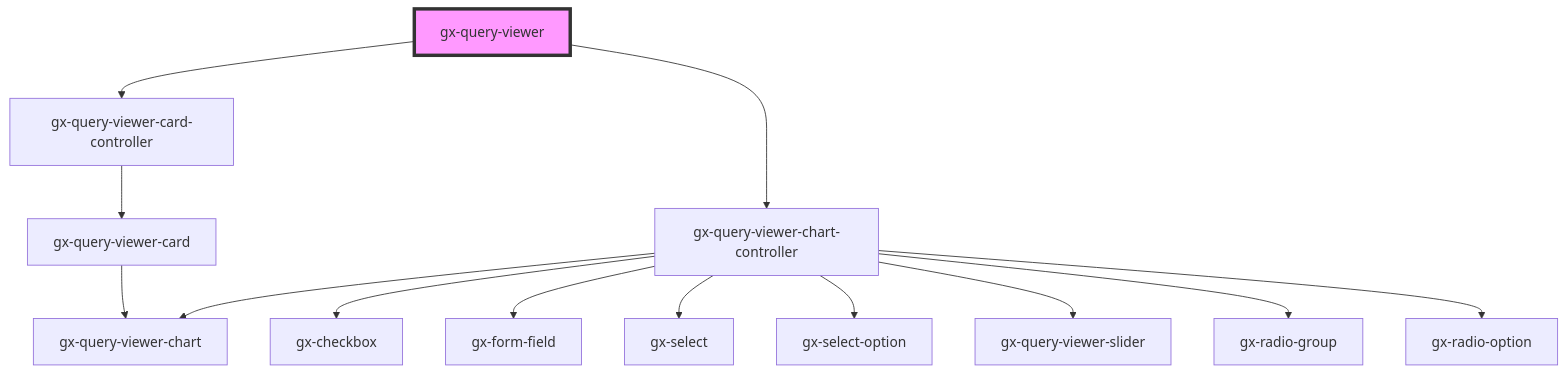
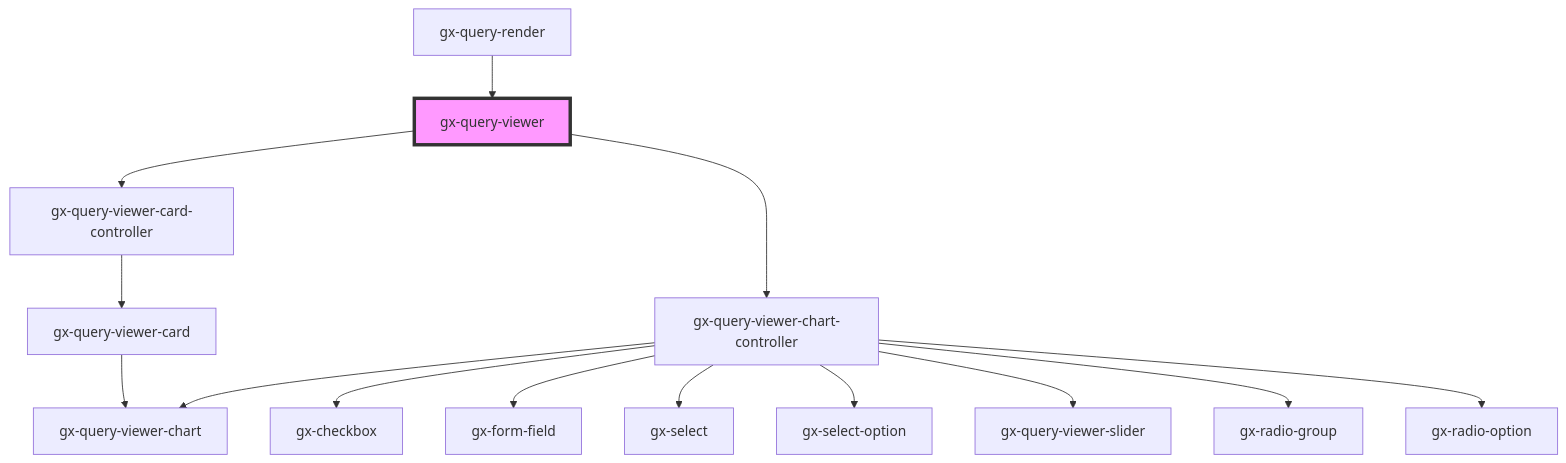
One commit to genexuslabs/reporting-controls-library changed the diagram in src/components/query-viewer/readme.md. Above: the diagram before and after it, drawn with Mermaid. The commit also changed other lines of this file and 58 other files, not shown here.

````diff
--- a/src/components/query-viewer/readme.md
+++ b/src/components/query-viewer/readme.md
@@ -64,16 +68,17 @@
 ```mermaid
 graph TD;
   gx-query-viewer --> gx-query-viewer-card-controller
   gx-query-viewer --> gx-query-viewer-chart-controller
   gx-query-viewer-card-controller --> gx-query-viewer-card
   gx-query-viewer-card --> gx-query-viewer-chart
   gx-query-viewer-chart-controller --> gx-query-viewer-chart
   gx-query-viewer-chart-controller --> gx-checkbox
   gx-query-viewer-chart-controller --> gx-form-field
   gx-query-viewer-chart-controller --> gx-select
   gx-query-viewer-chart-controller --> gx-select-option
   gx-query-viewer-chart-controller --> gx-query-viewer-slider
   gx-query-viewer-chart-controller --> gx-radio-group
   gx-query-viewer-chart-controller --> gx-radio-option
+  gx-query-render --> gx-query-viewer
   style gx-query-viewer fill:#f9f,stroke:#333,stroke-width:4px
 ```
````
